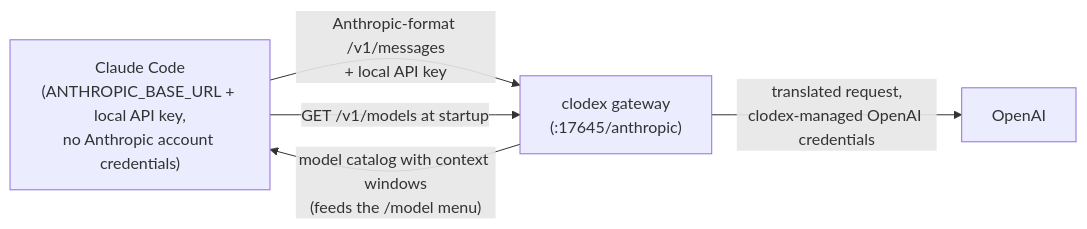
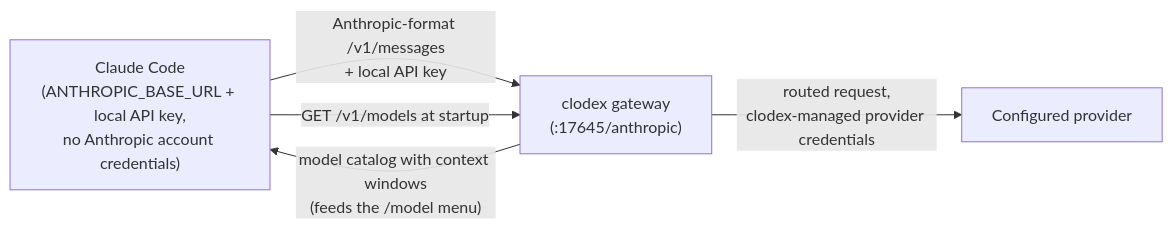
One commit to JohanCodinha/clodex changed the second of 2 diagrams in README.md. Above: the diagram before and after it, drawn with Mermaid. The commit also changed other lines of this file and 44 other files, not shown here.

````diff
--- a/README.md
+++ b/README.md
@@ -84,7 +98,7 @@
 ```mermaid
 flowchart LR
     CC["Claude Code<br/>(ANTHROPIC_BASE_URL + local API key,<br/>no Anthropic account credentials)"] -->|"Anthropic-format /v1/messages<br/>+ local API key"| GW["clodex gateway<br/>(:17645/anthropic)"]
     CC -->|"GET /v1/models at startup"| GW
     GW -->|"model catalog with context windows<br/>(feeds the /model menu)"| CC
-    GW -->|"translated request,<br/>clodex-managed OpenAI credentials"| OAI["OpenAI"]
+    GW -->|"routed request,<br/>clodex-managed provider credentials"| UP["Configured provider"]
 ```
````
